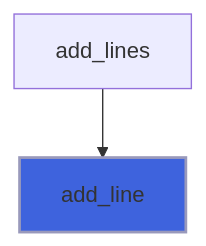
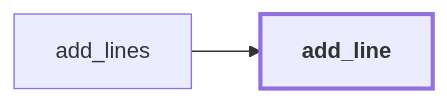
The eighth of 16 diagrams in docs/api/src/lib/figure_process.md (szaghi/figure), drawn with Mermaid before and after one commit. The commit also changed other lines of this file and 54 other files, not shown here.

````diff
--- a/docs/api/src/lib/figure_process.md
+++ b/docs/api/src/lib/figure_process.md
@@ -326,5 +358,7 @@
 ```mermaid
-flowchart TD
+flowchart LR
   add_lines["add_lines"] --> add_line["add_line"]
-  style add_line fill:#3e63dd,stroke:#99b,stroke-width:2px
+  classDef focus stroke-width:3px,font-weight:bold
+  class add_line focus
+  click add_lines href "#add-lines" "add_lines"
 ```
````
